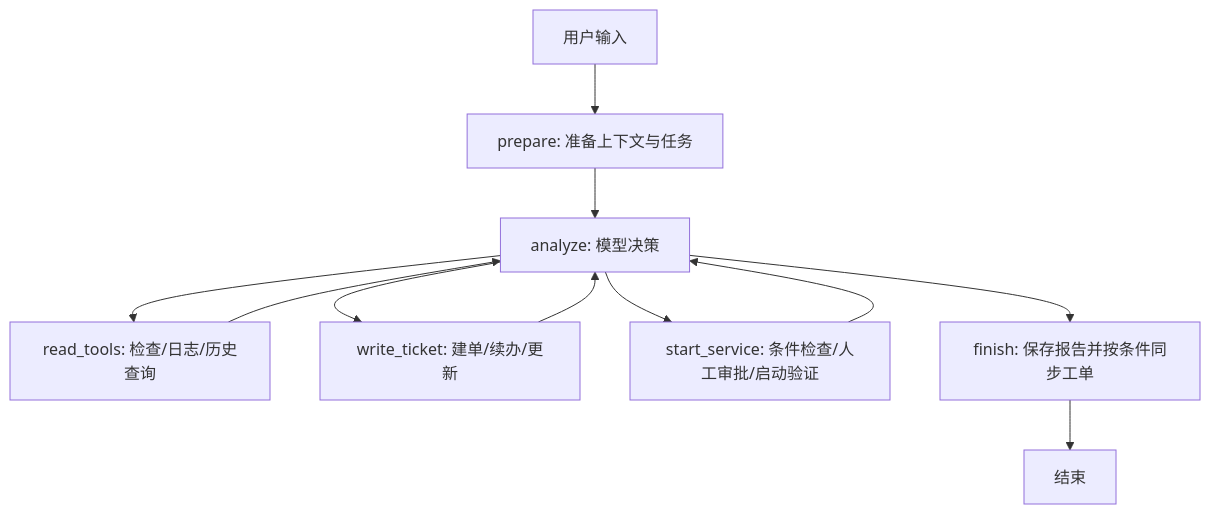
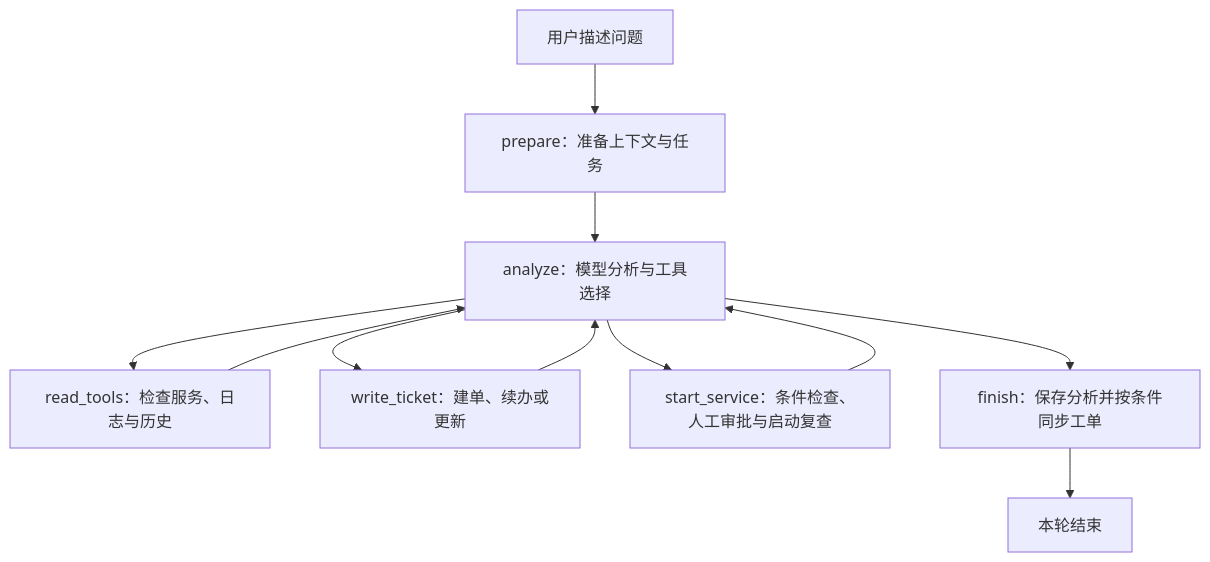
One commit to rice777betrue-spec/incident-ticket-agent changed the diagram in README.md. Above: the diagram before and after it, drawn with Mermaid. The commit also changed other lines of this file and 1 other file, not shown here.

````diff
--- a/README.md
+++ b/README.md
@@ -22,13 +34,13 @@
 ```mermaid
 flowchart TD
-    A[用户输入] --> P[prepare: 准备上下文与任务]
-    P --> M[analyze: 模型决策]
-    M --> R[read_tools: 检查/日志/历史查询]
+    A[用户描述问题] --> P[prepare：准备上下文与任务]
+    P --> M[analyze：模型分析与工具选择]
+    M --> R[read_tools：检查服务、日志与历史]
     R --> M
-    M --> W[write_ticket: 建单/续办/更新]
+    M --> W[write_ticket：建单、续办或更新]
     W --> M
-    M --> S[start_service: 条件检查/人工审批/启动验证]
+    M --> S[start_service：条件检查、人工审批与启动复查]
     S --> M
-    M --> F[finish: 保存报告并按条件同步工单]
-    F --> E[结束]
+    M --> F[finish：保存分析并按条件同步工单]
+    F --> E[本轮结束]
 ```
````
